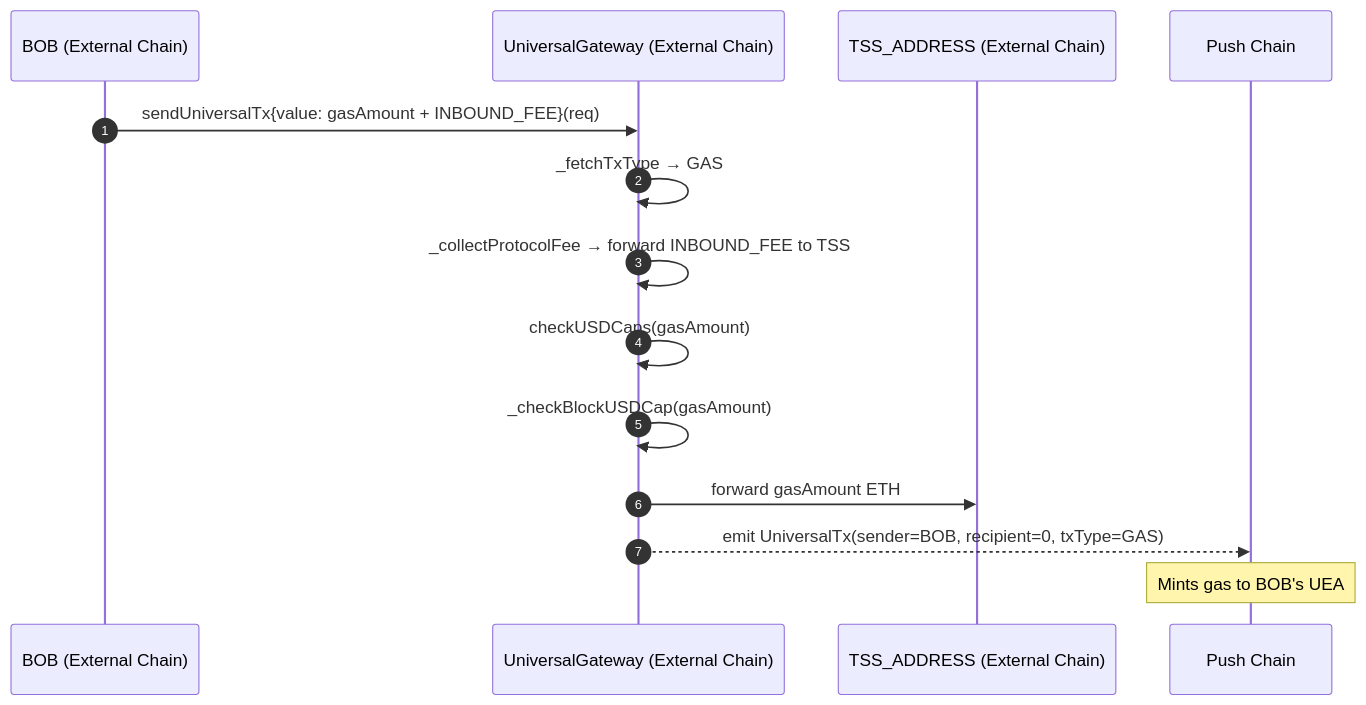
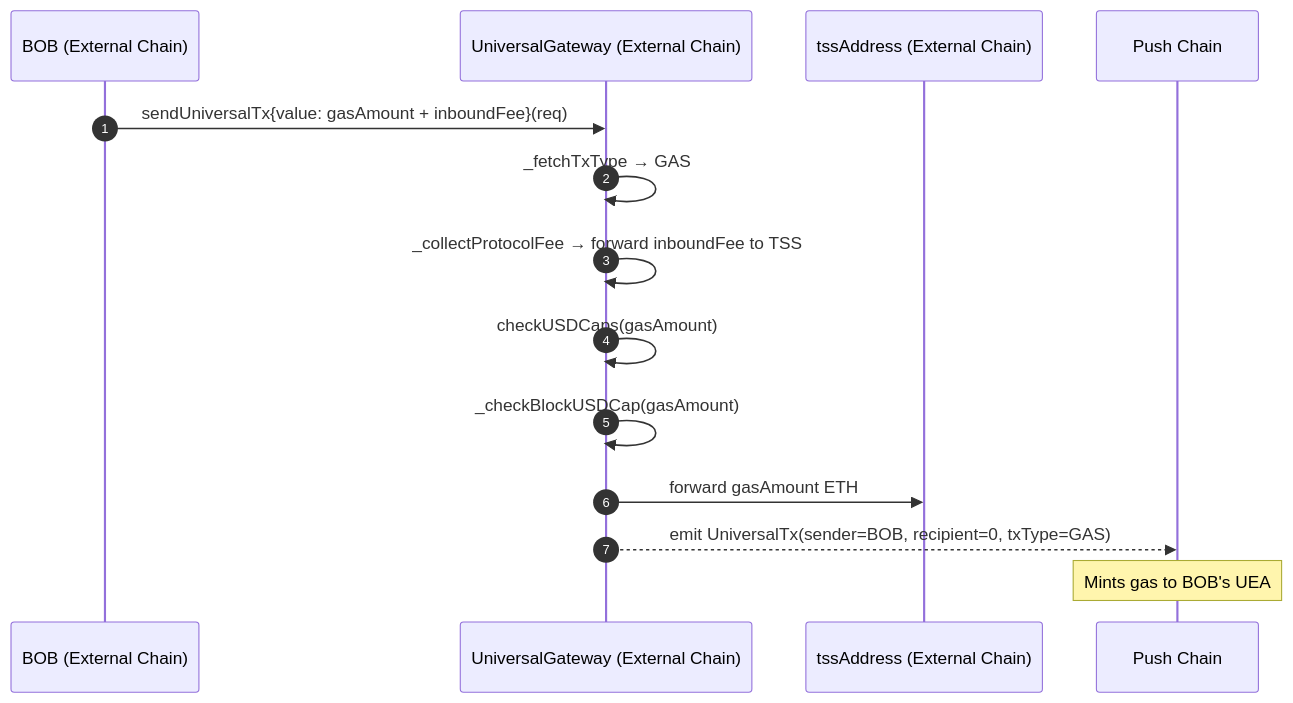
The first of 9 diagrams in contracts/evm-gateway/docs/5_InboundTx_Flows.md (pushchain/push-chain-interop-contracts), drawn with Mermaid before and after one commit. The commit also changed other lines of this file and 31 other files, not shown here.

````diff
--- a/contracts/evm-gateway/docs/5_InboundTx_Flows.md
+++ b/contracts/evm-gateway/docs/5_InboundTx_Flows.md
@@ -138,17 +138,17 @@
 ```mermaid
 sequenceDiagram
     autonumber
     participant BOB as BOB (External Chain)
     participant GW as UniversalGateway (External Chain)
-    participant TSS as TSS_ADDRESS (External Chain)
+    participant TSS as tssAddress (External Chain)
     participant PC as Push Chain
 
-    BOB->>GW: sendUniversalTx{value: gasAmount + INBOUND_FEE}(req)
+    BOB->>GW: sendUniversalTx{value: gasAmount + inboundFee}(req)
     GW->>GW: _fetchTxType → GAS
-    GW->>GW: _collectProtocolFee → forward INBOUND_FEE to TSS
+    GW->>GW: _collectProtocolFee → forward inboundFee to TSS
     GW->>GW: checkUSDCaps(gasAmount)
     GW->>GW: _checkBlockUSDCap(gasAmount)
     GW->>TSS: forward gasAmount ETH
     GW-->>PC: emit UniversalTx(sender=BOB, recipient=0, txType=GAS)
     Note over PC: Mints gas to BOB's UEA
 ```
````
